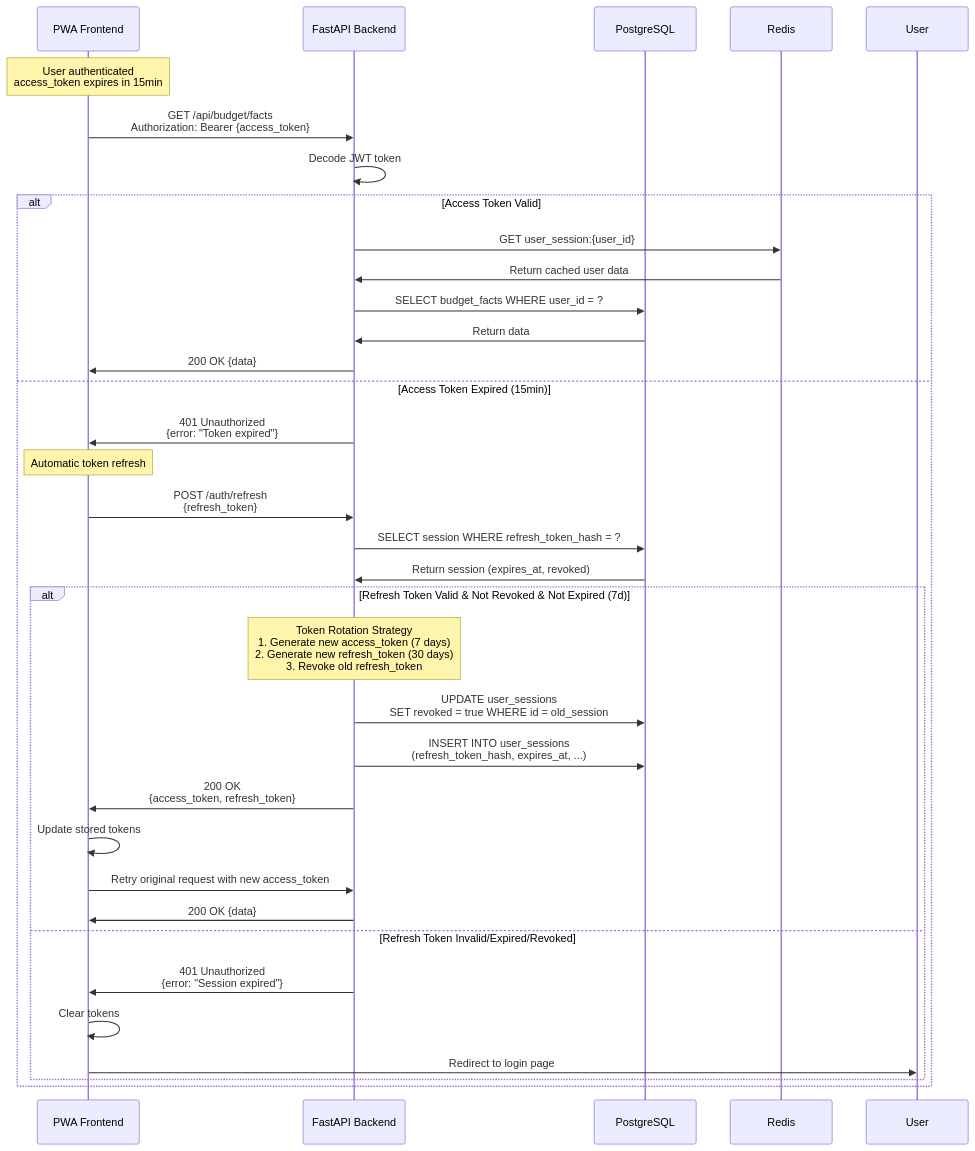
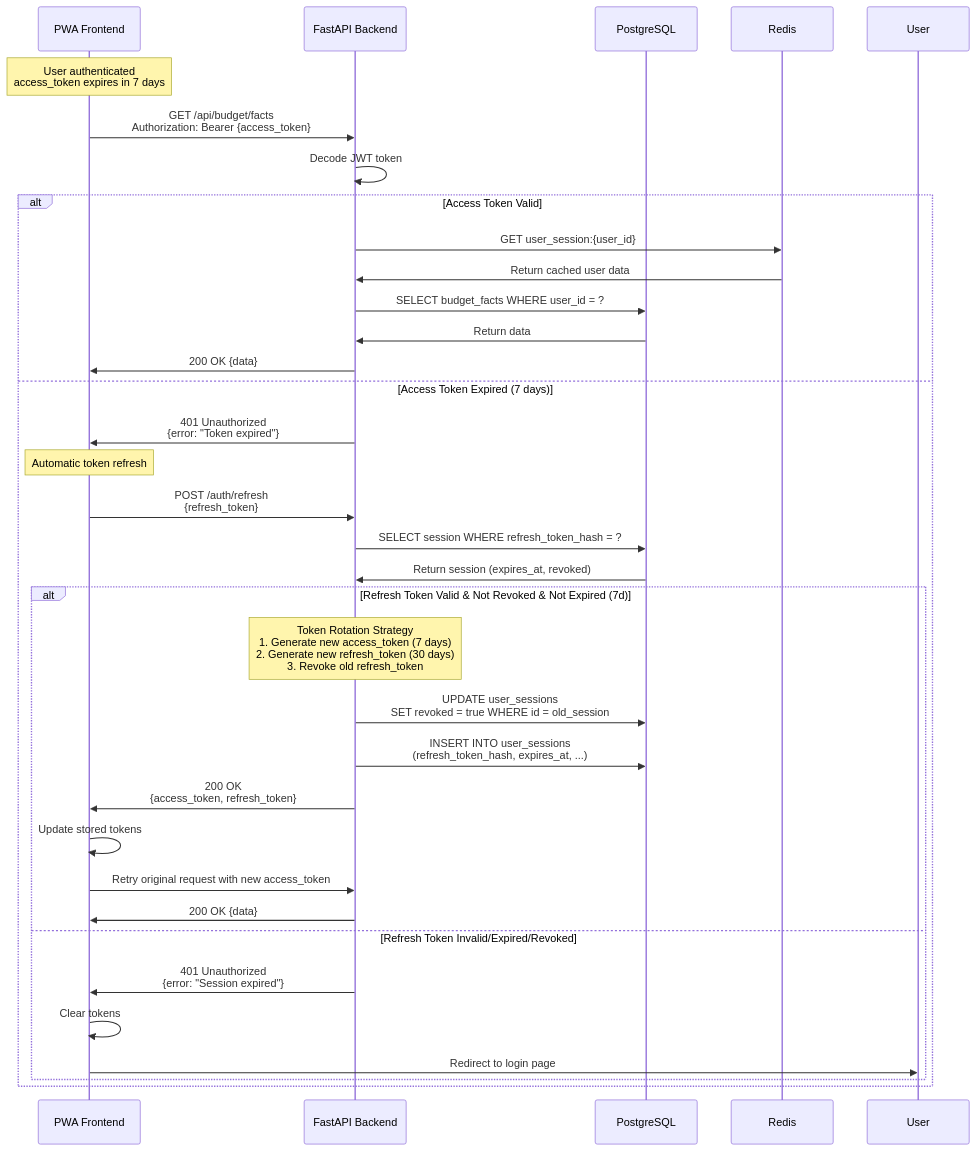
Before and after one commit to ikeniborn/familyBudget: the third of 4 diagrams in docs/diagrams/02-authentication-flows.md, drawn with Mermaid. The commit also changed 2 other files, not shown here.

Commit message:
docs(diagrams): fix final JWT lifetime errors and Dexie comment
**Priority 1 Fixes:**
- Fix JWT token lifetime in system overview (line 140)
  - Was: "15min access + 7d refresh"
  - Now: "7 days access + 30 days refresh"

- Fix JWT expiration in authentication flows (lines 196, 208)
  - Was: "access_token expires in 15min"
  - Now: "access_token expires in 7 days"
  - Was: "Access Token Expired (15min)"
  - Now: "Access Token Expired (7 days)"

**Priority 3 Fix:**
- Correct Dexie schema comment in frontend architecture (line 349)
  - Was: "Reference Data (5 tables)"
  - Now: "Reference Data (4 tables)"
  - Actual count: articles, articleHierarchy, financialCenters, costCenters = 4 tables

**Source of Truth:**
- docs/architecture/core/authentication.md - JWT lifetimes
- frontend/shared/db/dexie/core/database.ts - Dexie schema

````diff
--- a/docs/diagrams/02-authentication-flows.md
+++ b/docs/diagrams/02-authentication-flows.md
@@ -189,45 +189,45 @@
 ```mermaid
 sequenceDiagram
     participant Frontend as PWA Frontend
     participant API as FastAPI Backend
     participant DB as PostgreSQL
     participant Redis
 
-    Note over Frontend: User authenticated<br>access_token expires in 15min
+    Note over Frontend: User authenticated<br>access_token expires in 7 days
 
     Frontend->>API: GET /api/budget/facts<br>Authorization: Bearer {access_token}
 
     API->>API: Decode JWT token
 
     alt Access Token Valid
         API->>Redis: GET user_session:{user_id}
         Redis->>API: Return cached user data
         API->>DB: SELECT budget_facts WHERE user_id = ?
         DB->>API: Return data
         API->>Frontend: 200 OK {data}
-    else Access Token Expired (15min)
+    else Access Token Expired (7 days)
         API->>Frontend: 401 Unauthorized<br>{error: "Token expired"}
 
         Note over Frontend: Automatic token refresh
         Frontend->>API: POST /auth/refresh<br>{refresh_token}
 
         API->>DB: SELECT session WHERE refresh_token_hash = ?
         DB->>API: Return session (expires_at, revoked)
 
         alt Refresh Token Valid & Not Revoked & Not Expired (7d)
             Note over API: Token Rotation Strategy<br>1. Generate new access_token (7 days)<br>2. Generate new refresh_token (30 days)<br>3. Revoke old refresh_token
 
             API->>DB: UPDATE user_sessions<br>SET revoked = true WHERE id = old_session
             API->>DB: INSERT INTO user_sessions<br>(refresh_token_hash, expires_at, ...)
             API->>Frontend: 200 OK<br>{access_token, refresh_token}
 
             Frontend->>Frontend: Update stored tokens
             Frontend->>API: Retry original request with new access_token
             API->>Frontend: 200 OK {data}
         else Refresh Token Invalid/Expired/Revoked
             API->>Frontend: 401 Unauthorized<br>{error: "Session expired"}
             Frontend->>Frontend: Clear tokens
             Frontend->>User: Redirect to login page
         end
     end
 ```
````
